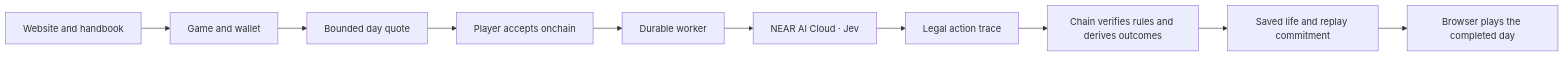
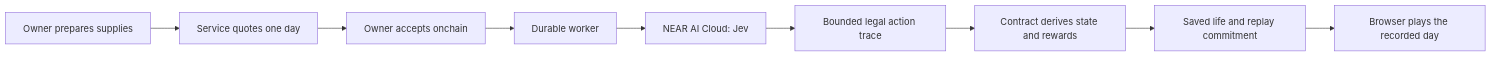
One commit to alphastack1/NEARlyHuman changed the diagram in docs/ARCHITECTURE.md. Above: the diagram before and after it, drawn with Mermaid. The commit also changed other lines of this file and 884 other files, not shown here.

````diff
--- a/docs/ARCHITECTURE.md
+++ b/docs/ARCHITECTURE.md
@@ -5,12 +5,11 @@
 ```mermaid
 flowchart LR
-  Site[Website and handbook] --> App[Game and wallet]
-  App --> Quote[Bounded day quote]
-  Quote --> Accept[Player accepts onchain]
+  Supplies[Owner prepares supplies] --> Quote[Service quotes one day]
+  Quote --> Accept[Owner accepts onchain]
   Accept --> Worker[Durable worker]
-  Worker --> Jev[NEAR AI Cloud · Jev]
-  Jev --> Trace[Legal action trace]
-  Trace --> Contract[Chain verifies rules and derives outcomes]
+  Worker --> Jev[NEAR AI Cloud: Jev]
+  Jev --> Trace[Bounded legal action trace]
+  Trace --> Contract[Contract derives state and rewards]
   Contract --> Save[Saved life and replay commitment]
-  Save --> Film[Browser plays the completed day]
+  Save --> Film[Browser plays the recorded day]
 ```
````
